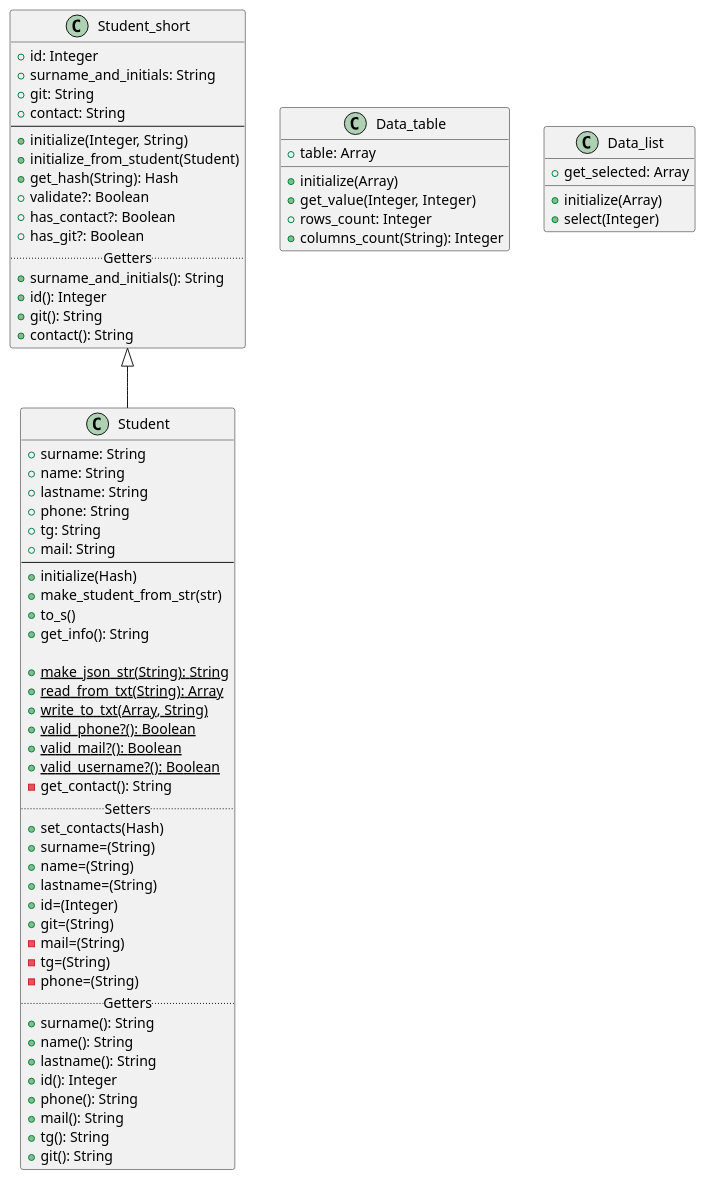
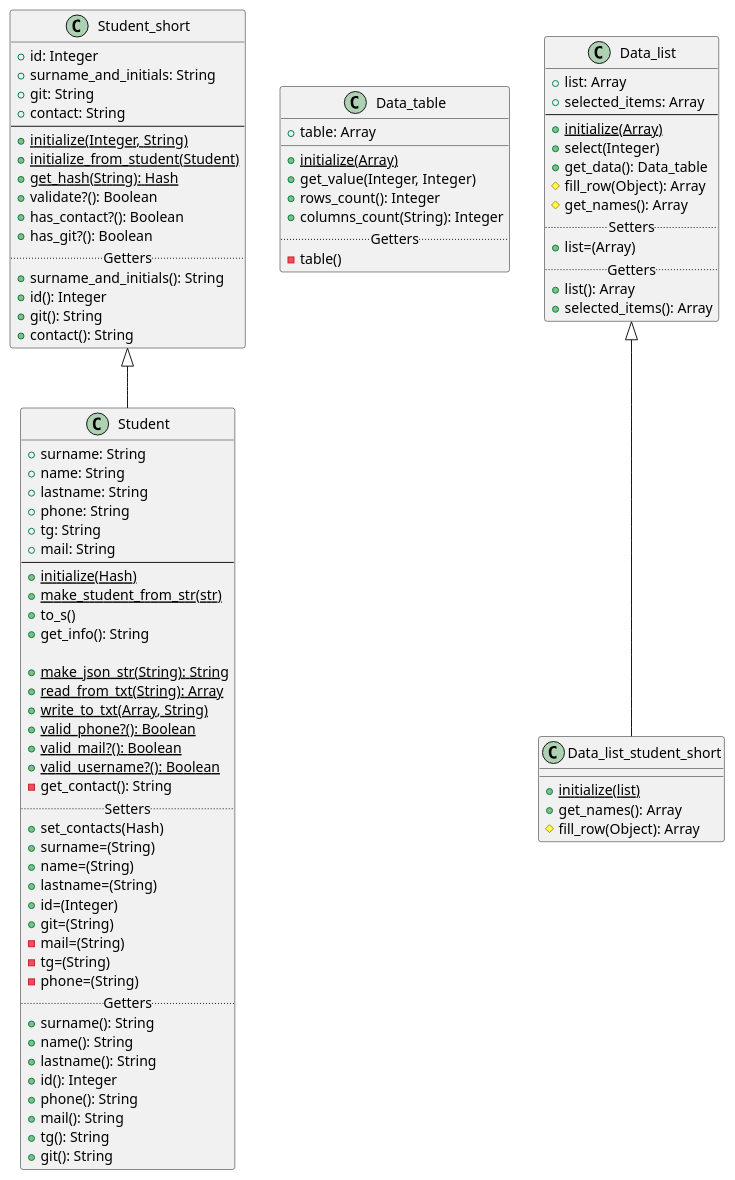
The diagram in Lab2/Diagrams/Student.puml (archipunkrockboy/Programming-patterns), drawn with PlantUML before and after one commit. The commit also changed 1 other file, not shown here.

Commit message:
обновил диаграмму классов

```diff
--- a/Lab2/Diagrams/Student.puml
+++ b/Lab2/Diagrams/Student.puml
@@ -1,78 +1,97 @@
 @startuml
     Class Student_short
     {
     +id: Integer
     +surname_and_initials: String
     +git: String
     +contact: String
     --
-    +initialize(Integer, String)
-    +initialize_from_student(Student)
-    +get_hash(String): Hash
-    +validate?: Boolean
-    +has_contact?: Boolean
-    +has_git?: Boolean
+    +{static}initialize(Integer, String)
+    +{static}initialize_from_student(Student)
+    +{static}get_hash(String): Hash
+    +validate?(): Boolean
+    +has_contact?(): Boolean
+    +has_git?(): Boolean
     ..Getters..
     +surname_and_initials(): String
     +id(): Integer
     +git(): String
     +contact(): String
     }
 
     Class Student extends Student_short
     {
     +surname: String
     +name: String
     +lastname: String
     +phone: String
     +tg: String
     +mail: String
     --
-    +initialize(Hash)
-    +make_student_from_str(str)
+    +{static}initialize(Hash)
+    +{static}make_student_from_str(str)
     +to_s()
     +get_info(): String
 
     +{static}make_json_str(String): String
     +{static}read_from_txt(String): Array
     +{static}write_to_txt(Array, String)
     +{static}valid_phone?(): Boolean
     +{static}valid_mail?(): Boolean
     +{static}valid_username?(): Boolean
     -get_contact(): String
     .. Setters ..
     +set_contacts(Hash)
     +surname=(String)
     +name=(String)
     +lastname=(String)
     +id=(Integer)
     +git=(String)
     -mail=(String)
     -tg=(String)
     -phone=(String)
     .. Getters ..
     +surname(): String
     +name(): String
     +lastname(): String
     +id(): Integer
     +phone(): String
     +mail(): String
     +tg(): String
     +git(): String
     }
     class Data_table
     {
     +table: Array
     __
-    +initialize(Array)
+    +{static}initialize(Array)
     +get_value(Integer, Integer)
-    +rows_count: Integer
+    +rows_count(): Integer
     +columns_count(String): Integer
+    ..Getters..
+    -table()
     }
     class Data_list
     {
-    +initialize(Array)
+    +list: Array
+    +selected_items: Array
+    --
+    +{static}initialize(Array)
     +select(Integer)
-    +get_selected: Array
+    +get_data(): Data_table
+    #fill_row(Object): Array
+    #get_names(): Array
+    ..Setters..
+    +list=(Array)
+    ..Getters..
+    +list(): Array
+    +selected_items(): Array
+     }
+    class Data_list_student_short extends Data_list
+    {
+    __
+    +{static}initialize(list)
+    +get_names(): Array
+    #fill_row(Object): Array
     }
 @enduml
```
